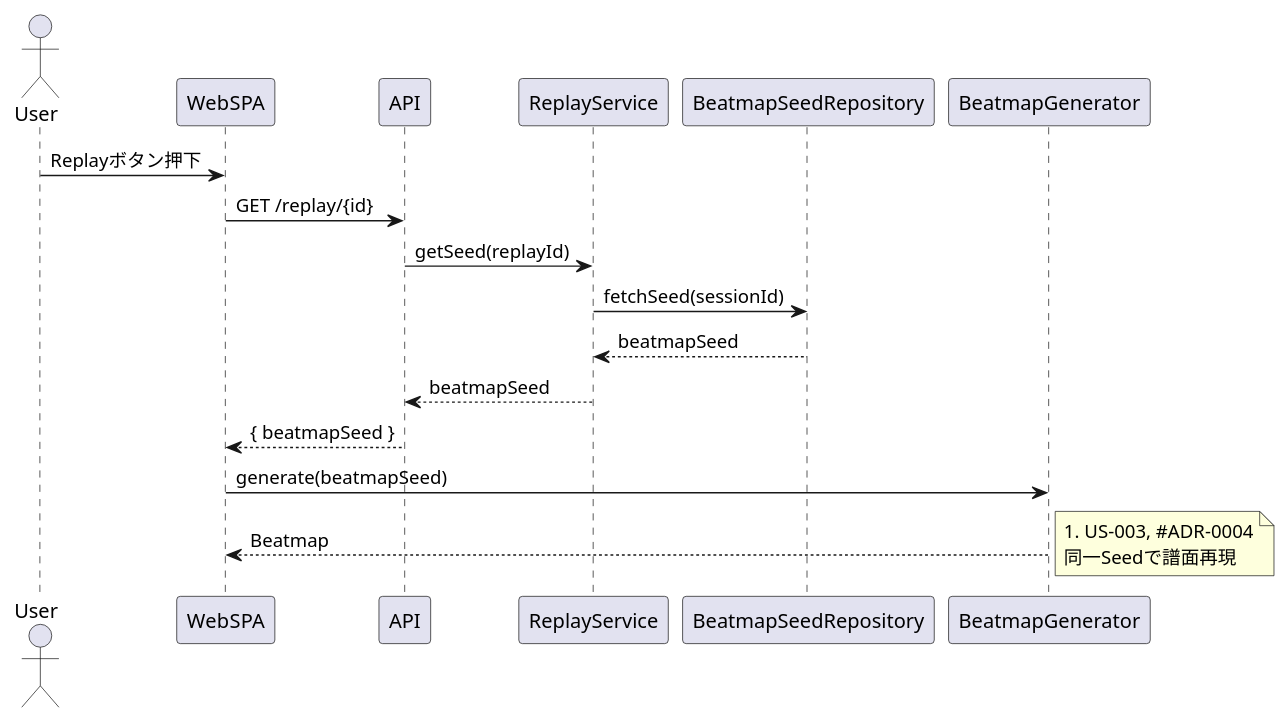
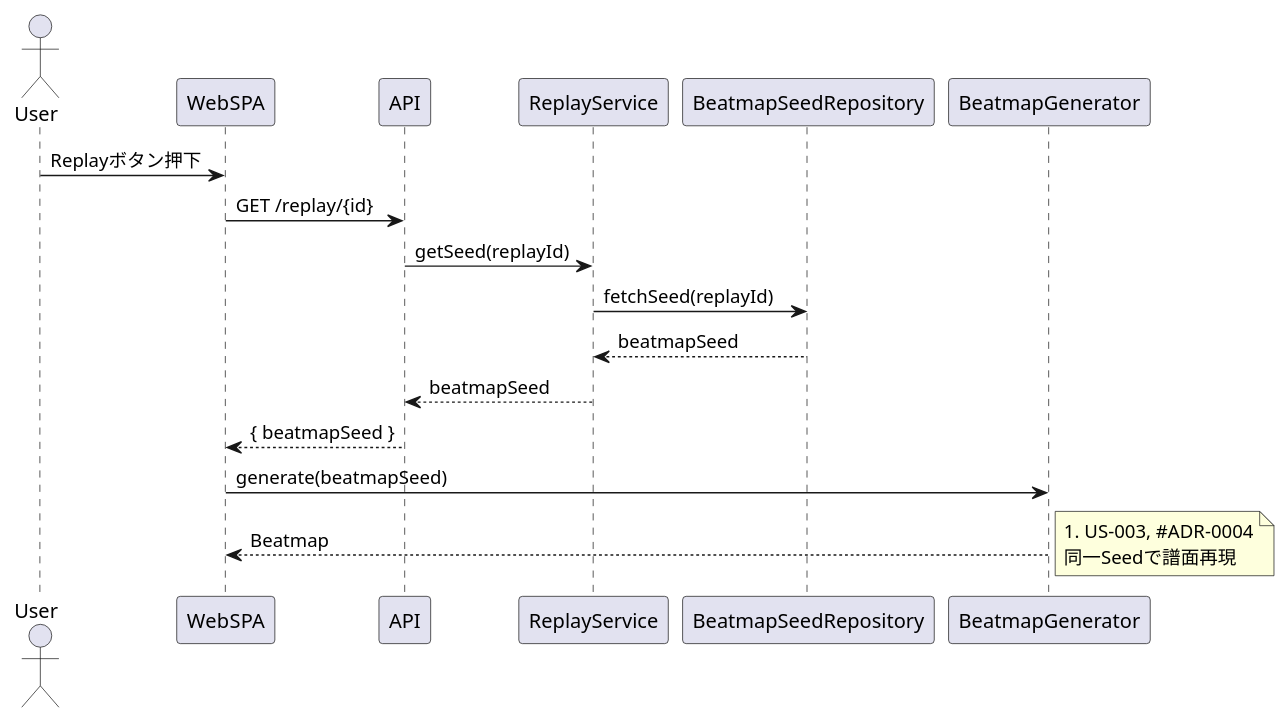
The diagram in docs/03_design/diagrams/sequence/replay_same_seed.puml (u-keiya/play_as_you_like), drawn with PlantUML before and after one commit. The commit also changed 12 other files, not shown here.

```diff
--- a/docs/03_design/diagrams/sequence/replay_same_seed.puml
+++ b/docs/03_design/diagrams/sequence/replay_same_seed.puml
@@ -1,25 +1,25 @@
 @startuml
 ' ==========================================================
 ' Sequence Diagram — Replay with Same Beatmap Seed
 ' PlayAsYouLike Web Rhythm Game
 ' ==========================================================
 actor User
 participant WebSPA
 participant API
 participant ReplayService
 participant BeatmapSeedRepository
 participant BeatmapGenerator
 
 User -> WebSPA: Replayボタン押下
 WebSPA -> API: GET /replay/{id}
 API -> ReplayService: getSeed(replayId)
-ReplayService -> BeatmapSeedRepository: fetchSeed(sessionId)
+ReplayService -> BeatmapSeedRepository: fetchSeed(replayId)
 BeatmapSeedRepository --> ReplayService: beatmapSeed
 ReplayService --> API: beatmapSeed
 API --> WebSPA: { beatmapSeed }
 WebSPA -> BeatmapGenerator: generate(beatmapSeed)
 BeatmapGenerator --> WebSPA: Beatmap
 
 note right: #US-003, #ADR-0004\n同一Seedで譜面再現
 
 @enduml
```
